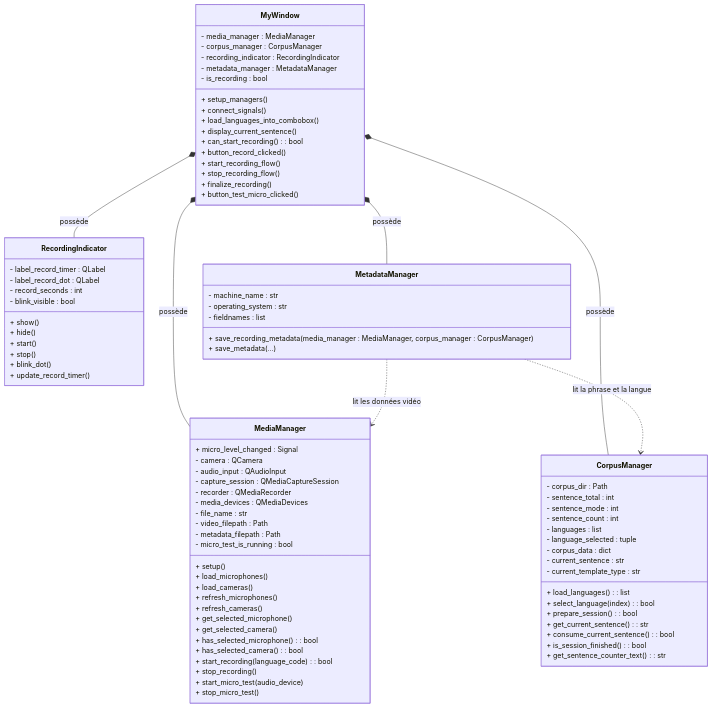
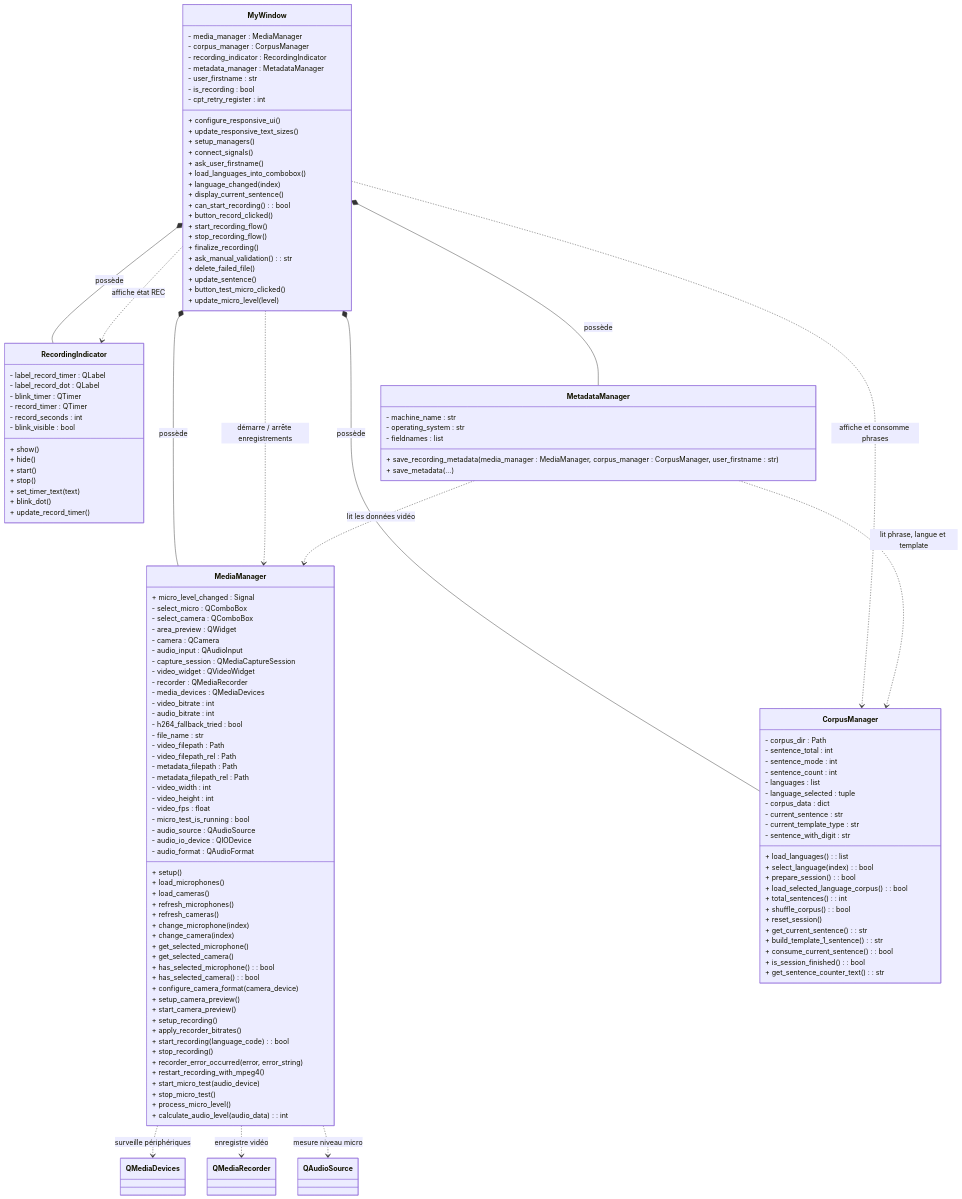
Before and after one commit to Yoan-Lespessailles/acquisition_donnees: the second of 3 diagrams in acquisition_project/acquisition/README.md, drawn with Mermaid. The commit also changed other lines of this file and 27 other files, not shown here.

````diff
--- a/acquisition_project/acquisition/README.md
+++ b/acquisition_project/acquisition/README.md
@@ -59,47 +119,82 @@
         - corpus_manager : CorpusManager
         - recording_indicator : RecordingIndicator
         - metadata_manager : MetadataManager
+        - user_firstname : str
         - is_recording : bool
+        - cpt_retry_register : int
 
+        + configure_responsive_ui()
+        + update_responsive_text_sizes()
         + setup_managers()
         + connect_signals()
+        + ask_user_firstname()
         + load_languages_into_combobox()
+        + language_changed(index)
         + display_current_sentence()
         + can_start_recording() : bool
         + button_record_clicked()
         + start_recording_flow()
         + stop_recording_flow()
         + finalize_recording()
+        + ask_manual_validation() : str
+        + delete_failed_file()
+        + update_sentence()
         + button_test_micro_clicked()
+        + update_micro_level(level)
     }
 
     class MediaManager {
         + micro_level_changed : Signal
 
+        - select_micro : QComboBox
+        - select_camera : QComboBox
+        - area_preview : QWidget
         - camera : QCamera
         - audio_input : QAudioInput
         - capture_session : QMediaCaptureSession
+        - video_widget : QVideoWidget
         - recorder : QMediaRecorder
         - media_devices : QMediaDevices
-
+        - video_bitrate : int
+        - audio_bitrate : int
+        - h264_fallback_tried : bool
         - file_name : str
         - video_filepath : Path
+        - video_filepath_rel : Path
         - metadata_filepath : Path
+        - metadata_filepath_rel : Path
+        - video_width : int
+        - video_height : int
+        - video_fps : float
         - micro_test_is_running : bool
+        - audio_source : QAudioSource
+        - audio_io_device : QIODevice
+        - audio_format : QAudioFormat
 
         + setup()
         + load_microphones()
         + load_cameras()
         + refresh_microphones()
         + refresh_cameras()
+        + change_microphone(index)
+        + change_camera(index)
         + get_selected_microphone()
         + get_selected_camera()
         + has_selected_microphone() : bool
         + has_selected_camera() : bool
+        + configure_camera_format(camera_device)
+        + setup_camera_preview()
+        + start_camera_preview()
+        + setup_recording()
+        + apply_recorder_bitrates()
         + start_recording(language_code) : bool
         + stop_recording()
+        + recorder_error_occurred(error, error_string)
+        + restart_recording_with_mpeg4()
         + start_micro_test(audio_device)
         + stop_micro_test()
+        + process_micro_level()
+        + calculate_audio_level(audio_data) : int
     }
 
     class CorpusManager {
@@ -112,11 +207,17 @@
         - corpus_data : dict
         - current_sentence : str
         - current_template_type : str
+        - sentence_with_digit : str
 
         + load_languages() : list
         + select_language(index) : bool
         + prepare_session() : bool
+        + load_selected_language_corpus() : bool
+        + total_sentences() : int
+        + shuffle_corpus() : bool
+        + reset_session()
         + get_current_sentence() : str
+        + build_template_1_sentence() : str
         + consume_current_sentence() : bool
         + is_session_finished() : bool
         + get_sentence_counter_text() : str
@@ -125,6 +226,8 @@
     class RecordingIndicator {
         - label_record_timer : QLabel
         - label_record_dot : QLabel
+        - blink_timer : QTimer
+        - record_timer : QTimer
         - record_seconds : int
         - blink_visible : bool
 
@@ -132,6 +235,7 @@
         + hide()
         + start()
         + stop()
+        + set_timer_text(text)
         + blink_dot()
         + update_record_timer()
     }
@@ -141,7 +245,7 @@
         - operating_system : str
         - fieldnames : list
 
-        + save_recording_metadata(media_manager : MediaManager, corpus_manager : CorpusManager)
+        + save_recording_metadata(media_manager : MediaManager, corpus_manager : CorpusManager, user_firstname : str)
         + save_metadata(...)
     }
 
@@ -150,6 +254,12 @@
     MyWindow *-- RecordingIndicator : possède
     MyWindow *-- MetadataManager : possède
 
+    MyWindow ..> MediaManager : démarre / arrête enregistrements
+    MyWindow ..> CorpusManager : affiche et consomme phrases
+    MyWindow ..> RecordingIndicator : affiche état REC
+    MediaManager ..> QMediaDevices : surveille périphériques
+    MediaManager ..> QMediaRecorder : enregistre vidéo
+    MediaManager ..> QAudioSource : mesure niveau micro
     MetadataManager ..> MediaManager : lit les données vidéo
-    MetadataManager ..> CorpusManager : lit la phrase et la langue
+    MetadataManager ..> CorpusManager : lit phrase, langue et template
 ```
````
